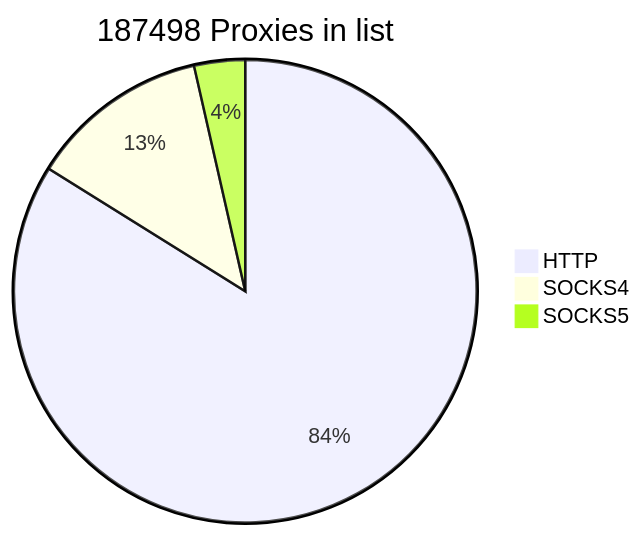
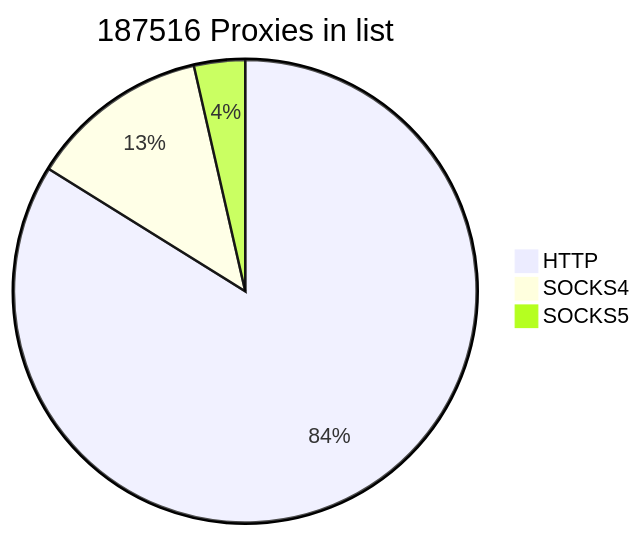
One commit to cutipu/proxylist changed the first of 2 diagrams in README.md. Above: the diagram before and after it, drawn with Mermaid. The commit also changed other lines of this file, not shown here.

````diff
--- a/README.md
+++ b/README.md
@@ -2,7 +2,7 @@
 ```mermaid
-pie title 187498 Proxies in list
-    "HTTP" : 157265
-    "SOCKS4" : 23561
-    "SOCKS5" : 6672
+pie title 187516 Proxies in list
+    "HTTP" : 157263
+    "SOCKS4" : 23563
+    "SOCKS5" : 6690
             
 ```
````
